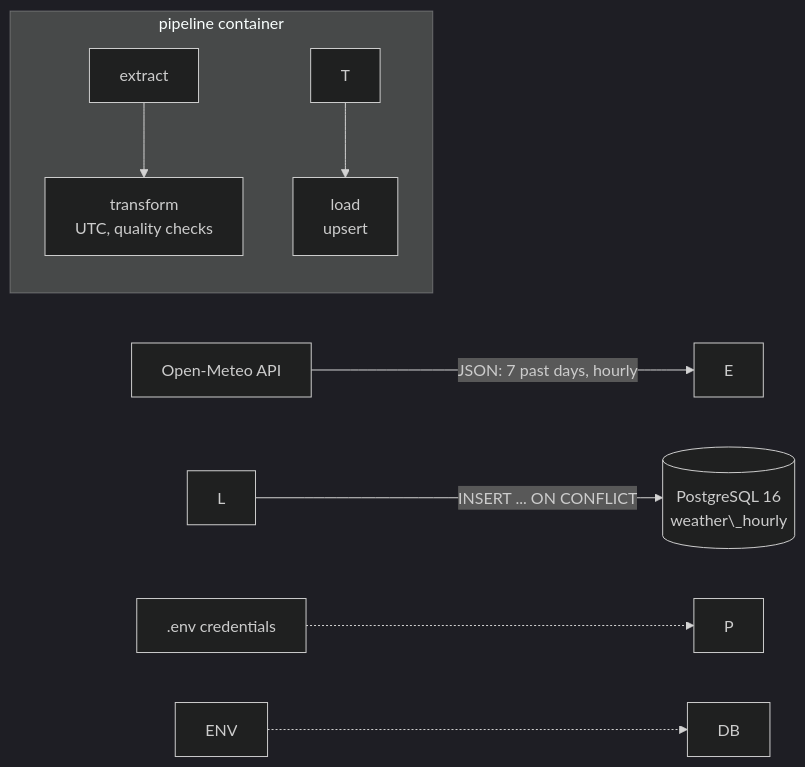
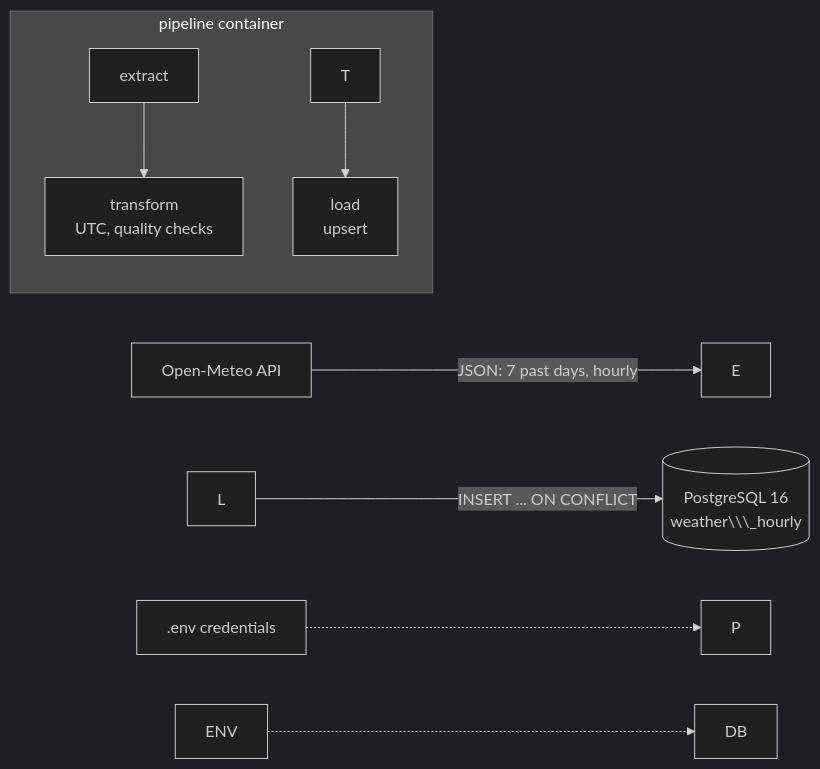
Before and after one commit to grithubber8/weather-data-pipeline: the diagram in README.md, drawn with Mermaid (dark theme). The commit also changed other lines of this file, not shown here.

````diff
--- a/README.md
+++ b/README.md
@@ -16,13 +18,13 @@
 ```mermaid
 flowchart LR
-    API\[Open-Meteo API] -->|JSON: 7 past days, hourly| E
+    API\\\[Open-Meteo API] -->|JSON: 7 past days, hourly| E
 
-    subgraph P\[pipeline container]
-        E\[extract] --> T\[transform<br/>UTC, quality checks]
-        T --> L\[load<br/>upsert]
+    subgraph P\\\[pipeline container]
+        E\\\[extract] --> T\\\[transform<br/>UTC, quality checks]
+        T --> L\\\[load<br/>upsert]
     end
 
-    L -->|INSERT ... ON CONFLICT| DB\[(PostgreSQL 16<br/>weather\_hourly)]
-    ENV\[.env credentials] -.-> P
+    L -->|INSERT ... ON CONFLICT| DB\\\[(PostgreSQL 16<br/>weather\\\_hourly)]
+    ENV\\\[.env credentials] -.-> P
     ENV -.-> DB
 ```
````
